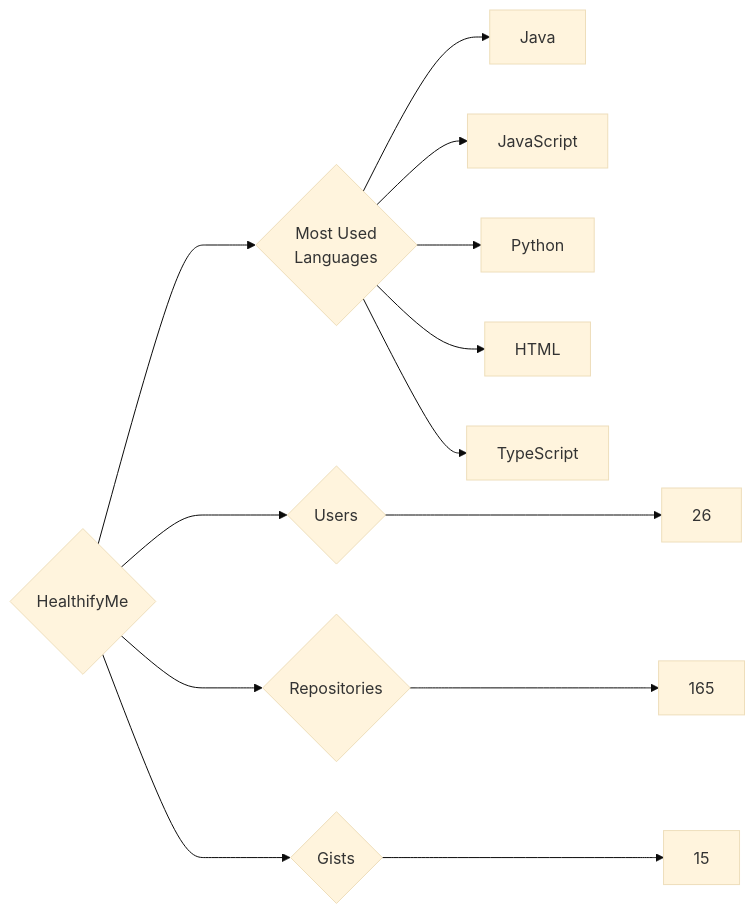
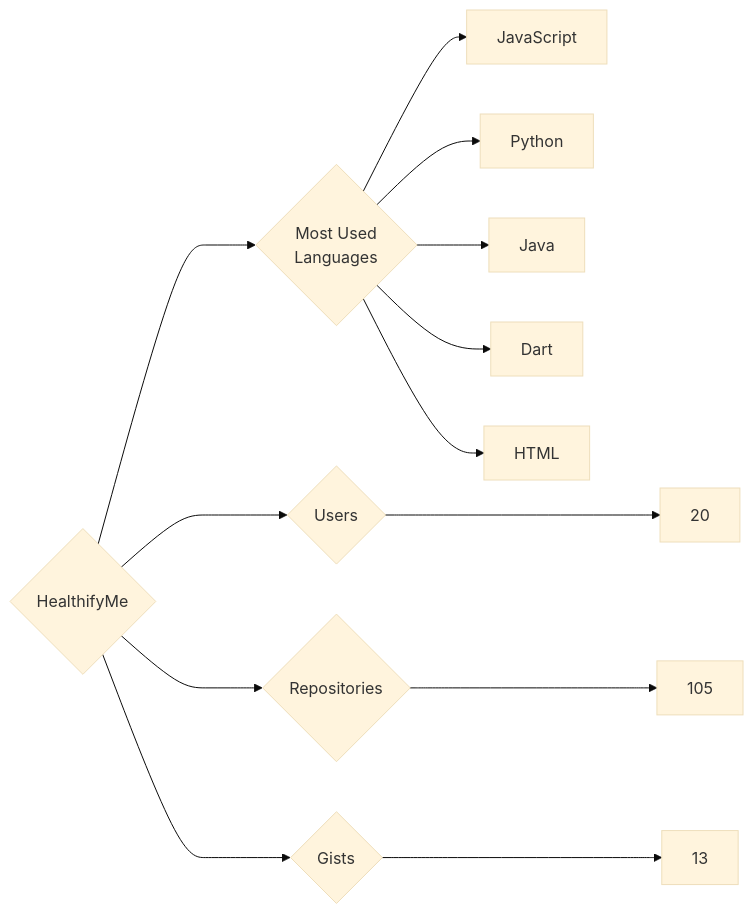
One commit to trickest/insiders changed the diagram in targets/HealthifyMe/README.md. Above: the diagram before and after it, drawn with Mermaid (base theme). The commit also changed 944 other files, not shown here.

````diff
--- a/targets/HealthifyMe/README.md
+++ b/targets/HealthifyMe/README.md
@@ -3,13 +3,13 @@
 ```mermaid
 graph LR
 COMPANY_NAME{HealthifyMe}
-COMPANY_NAME ---> U{Users} ---> UN[26]
-COMPANY_NAME ---> R{Repositories} ---> RN[165]
-COMPANY_NAME ---> G{Gists} ---> GN[15]
+COMPANY_NAME ---> U{Users} ---> UN[20]
+COMPANY_NAME ---> R{Repositories} ---> RN[105]
+COMPANY_NAME ---> G{Gists} ---> GN[13]
 COMPANY_NAME ---> ML{Most Used<br>Languages}
-ML --> Java[Java]
 ML --> JavaScript[JavaScript]
 ML --> Python[Python]
+ML --> Java[Java]
+ML --> Dart[Dart]
 ML --> HTML[HTML]
-ML --> TypeScript[TypeScript]
 ```
````
